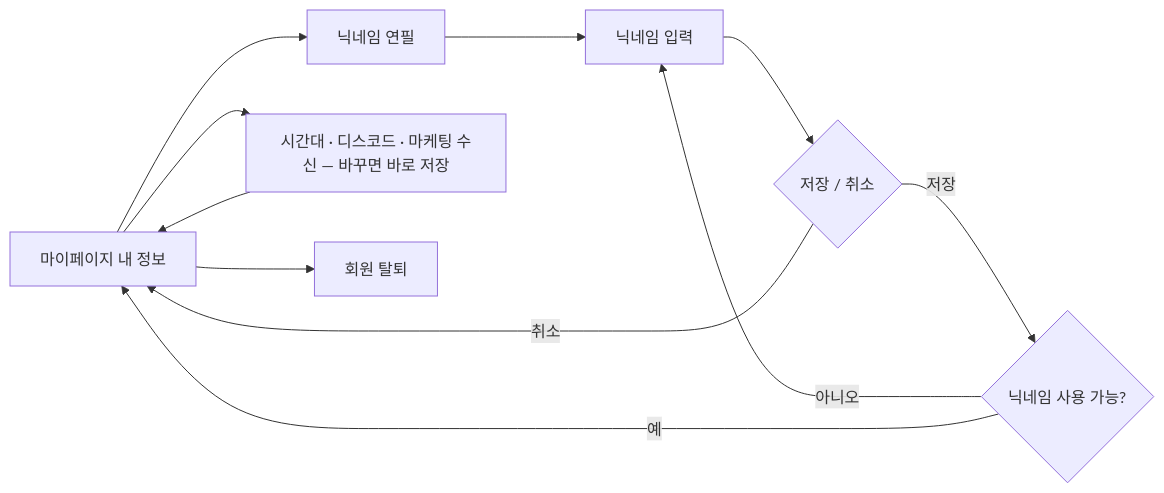
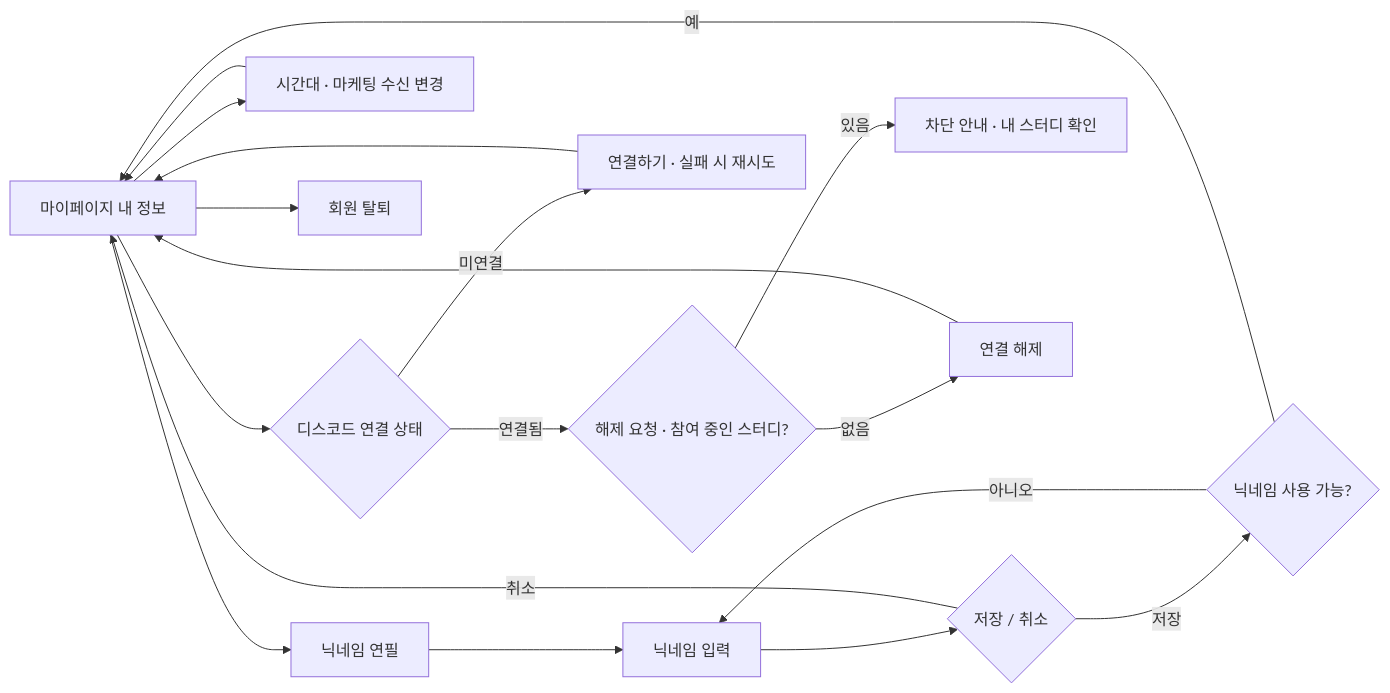
The first of 2 diagrams in 01-planning/stories/crew-edit-profile/PRD.md (StudyClub-PlusPlus/studyclub-engineering), drawn with Mermaid before and after one commit. The commit also changed other lines of this file and 27 other files, not shown here.

````diff
--- a/01-planning/stories/crew-edit-profile/PRD.md
+++ b/01-planning/stories/crew-edit-profile/PRD.md
@@ -9,12 +9,17 @@
 ```mermaid
 flowchart LR
   A["마이페이지 내 정보"] --> B["닉네임 연필"]
   B --> C["닉네임 입력"]
   C --> D{"저장 / 취소"}
   D -->|취소| A
   D -->|저장| E{"닉네임 사용 가능?"}
   E -->|아니오| C
   E -->|예| A
-  A --> H["시간대 · 디스코드 · 마케팅 수신 — 바꾸면 바로 저장"] --> A
+  A --> H["시간대 · 마케팅 수신 변경"] --> A
+  A --> I{"디스코드 연결 상태"}
+  I -->|미연결| J["연결하기 · 실패 시 재시도"] --> A
+  I -->|연결됨| K{"해제 요청 · 참여 중인 스터디?"}
+  K -->|있음| L["차단 안내 · 내 스터디 확인"]
+  K -->|없음| M["연결 해제"] --> A
   A --> G["회원 탈퇴"]
 ```
````
